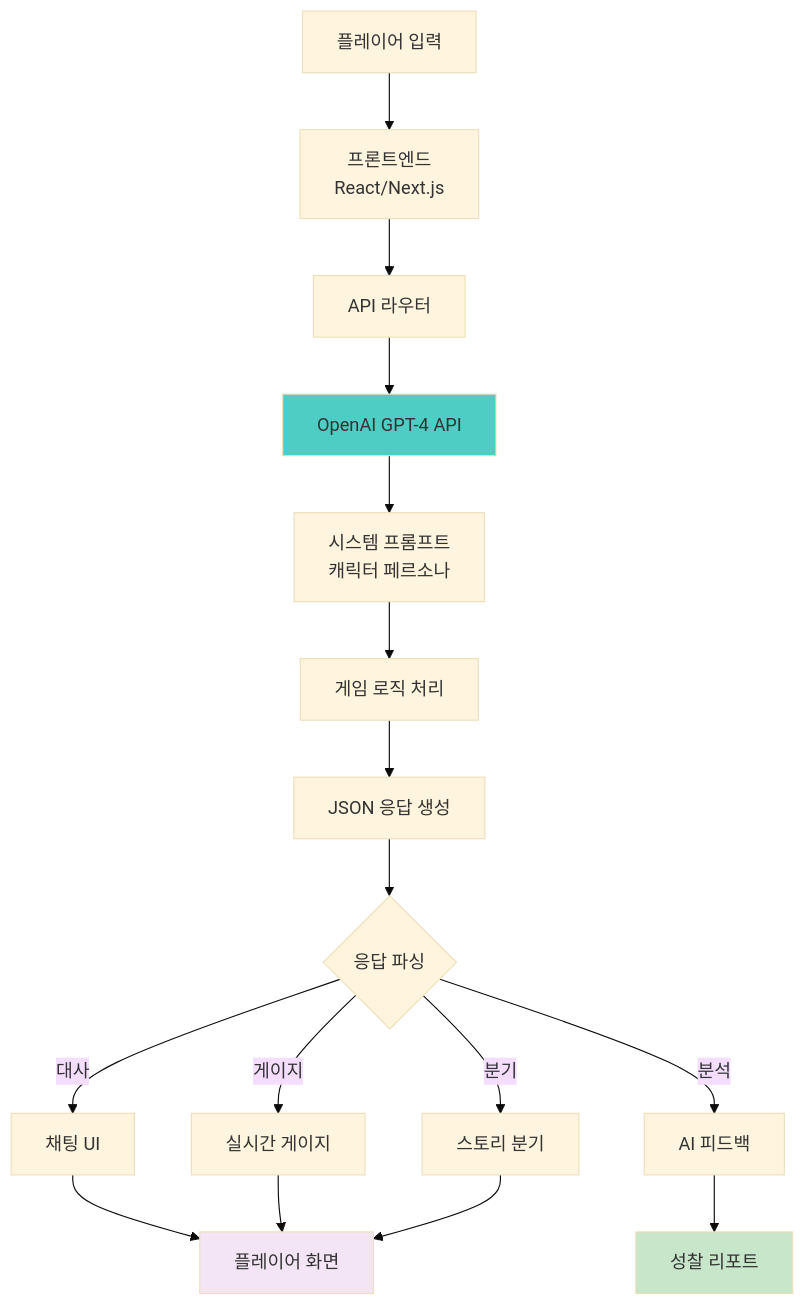
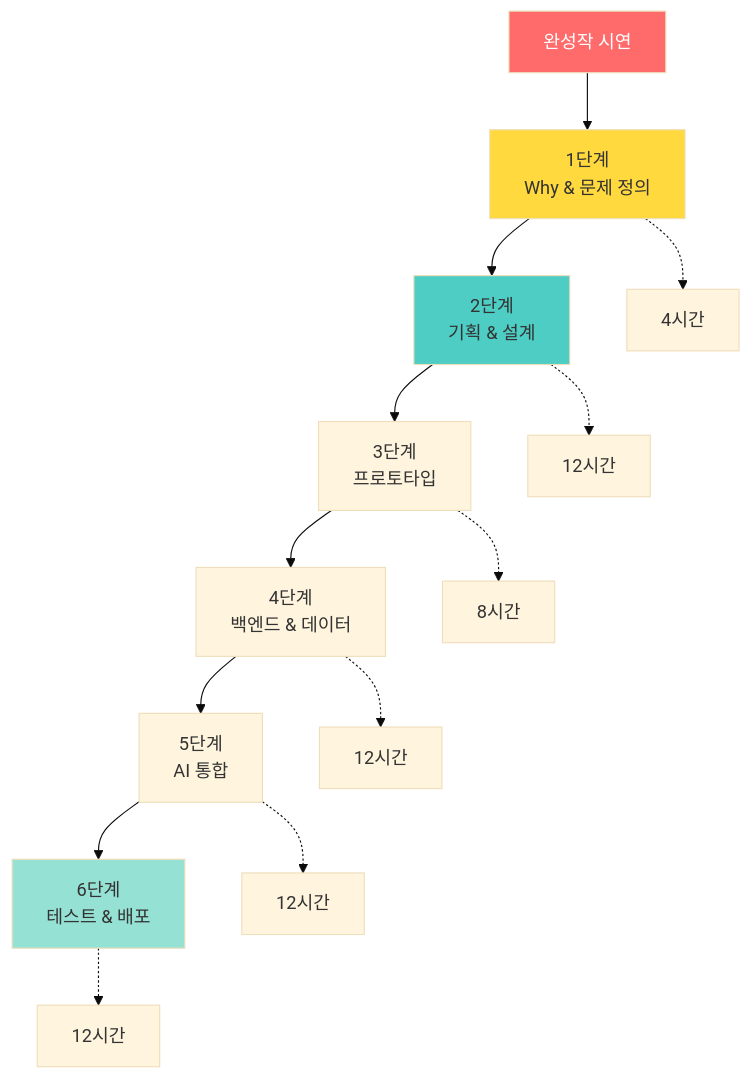
Before and after one commit to Collegenie-X/AI-Vive-Coding: the sixth of 14 diagrams in Docs/주제/5단계-AI가상환경_실전체험_교육가이드.md, drawn with Mermaid (base theme). The commit also changed other lines of this file and 3 other files, not shown here.

````diff
--- a/Docs/주제/5단계-AI가상환경_실전체험_교육가이드.md
+++ b/Docs/주제/5단계-AI가상환경_실전체험_교육가이드.md
@@ -1123,25 +261,21 @@
 ```mermaid
 graph TB
-    A[플레이어 입력] --> B[프론트엔드<br/>React/Next.js]
-    B --> C[API 라우터]
-    C --> D[OpenAI GPT-4 API]
+    S0[완성작 시연] --> S1[1단계<br/>Why & 문제 정의]
+    S1 --> S2[2단계<br/>기획 & 설계]
+    S2 --> S3[3단계<br/>프로토타입]
+    S3 --> S4[4단계<br/>백엔드 & 데이터]
+    S4 --> S5[5단계<br/>AI 통합]
+    S5 --> S6[6단계<br/>테스트 & 배포]
     
-    D --> E[시스템 프롬프트<br/>캐릭터 페르소나]
-    E --> F[게임 로직 처리]
-    F --> G[JSON 응답 생성]
+    S1 -.-> T1[4시간]
+    S2 -.-> T2[12시간]
+    S3 -.-> T3[8시간]
+    S4 -.-> T4[12시간]
+    S5 -.-> T5[12시간]
+    S6 -.-> T6[12시간]
     
-    G --> H{응답 파싱}
-    H -->|대사| I[채팅 UI]
-    H -->|게이지| J[실시간 게이지]
-    H -->|분기| K[스토리 분기]
-    H -->|분석| L[AI 피드백]
-    
-    I --> M[플레이어 화면]
-    J --> M
-    K --> M
-    L --> N[성찰 리포트]
-    
-    style D fill:#4ecdc4
-    style M fill:#f3e5f5
-    style N fill:#c8e6c9
+    style S0 fill:#FF6B6B,color:#fff
+    style S1 fill:#FFD93D
+    style S2 fill:#4ECDC4
+    style S6 fill:#95E1D3
 ```
````
